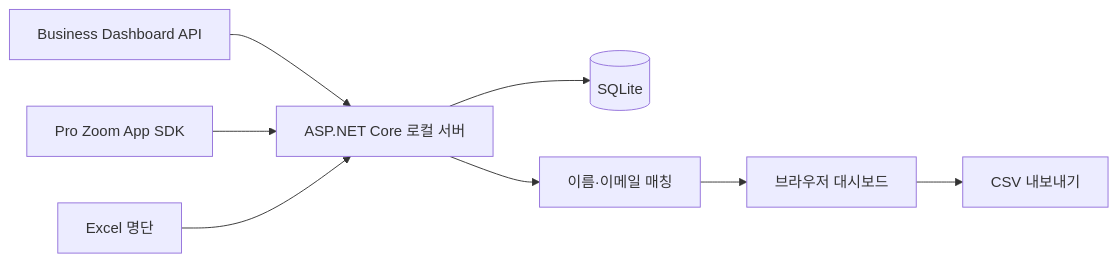
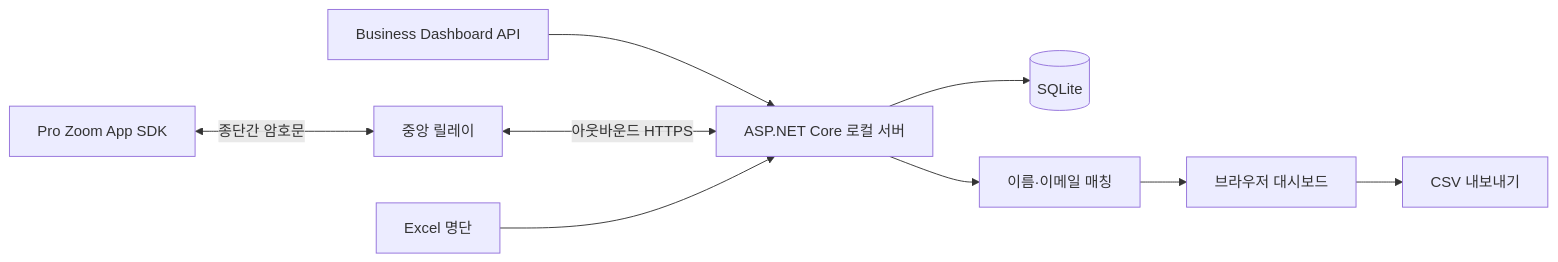
Before and after one commit to ianlyoo/zoomcheck: the diagram in README.ko.md, drawn with Mermaid. The commit also changed other lines of this file and 56 other files, not shown here.

````diff
--- a/README.ko.md
+++ b/README.ko.md
@@ -97,10 +100,11 @@
 ```mermaid
 flowchart LR
   A[Business Dashboard API] --> B[ASP.NET Core 로컬 서버]
-  H[Pro Zoom App SDK] --> B
+  H[Pro Zoom App SDK] <-->|종단간 암호문| R[중앙 릴레이]
+  R <-->|아웃바운드 HTTPS| B
   C[Excel 명단] --> B
   B --> D[(SQLite)]
   B --> E[이름·이메일 매칭]
   E --> F[브라우저 대시보드]
   F --> G[CSV 내보내기]
 ```
````
